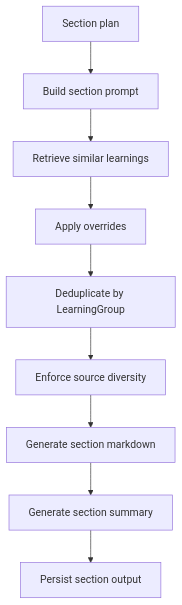
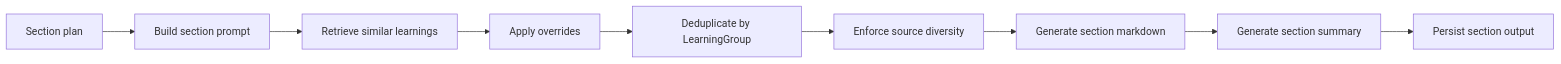
Before and after one commit to EAValov/research-engine: the second of 3 diagrams in Docs/Architecture.md, drawn with Mermaid. The commit also changed other lines of this file and 2 other files, not shown here.

````diff
--- a/Docs/Architecture.md
+++ b/Docs/Architecture.md
@@ -170,11 +153,11 @@
 ```mermaid
-flowchart TD
+flowchart LR
     A[Section plan] --> B[Build section prompt]
     B --> C[Retrieve similar learnings]
     C --> D[Apply overrides]
     D --> E[Deduplicate by LearningGroup]
     E --> F[Enforce source diversity]
     F --> G[Generate section markdown]
     G --> H[Generate section summary]
     H --> I[Persist section output]
 ```
````
